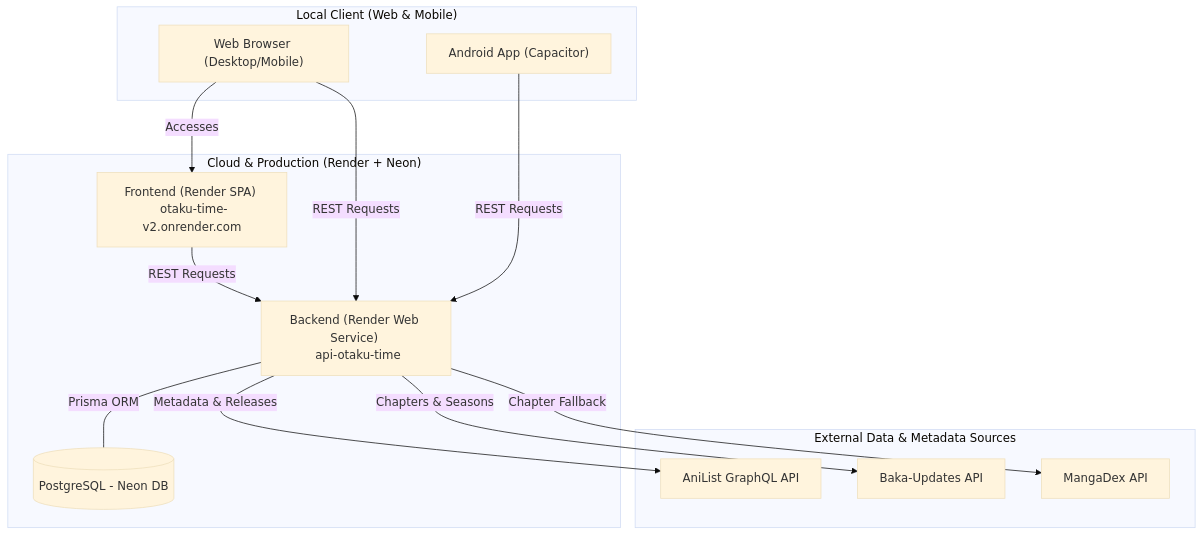
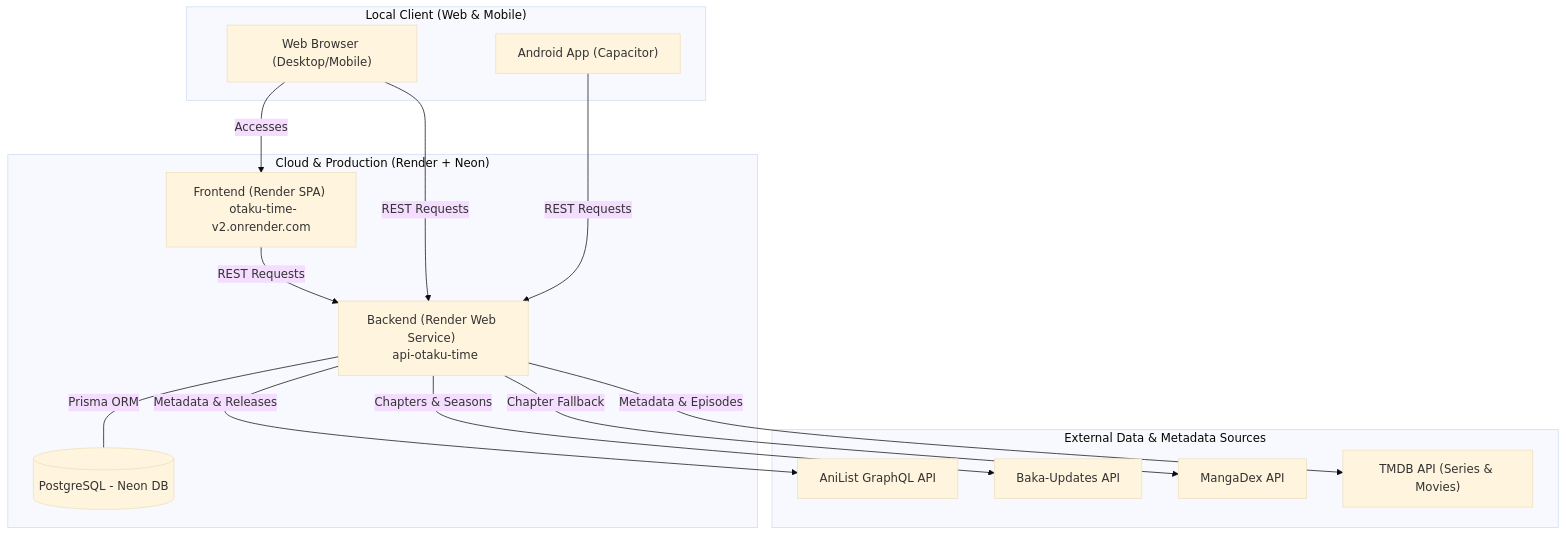
One commit to Braz55/Otaku-Time-v2 changed the first of 3 diagrams in README.md. Above: the diagram before and after it, drawn with Mermaid (base theme). The commit also changed other lines of this file and 4 other files, not shown here.

````diff
--- a/README.md
+++ b/README.md
@@ -106,32 +128,34 @@
 ```mermaid
 flowchart TD
     subgraph Cloud ["Cloud & Production (Render + Neon)"]
         FE_Render["Frontend (Render SPA) \n otaku-time-v2.onrender.com"]
         BE_Render["Backend (Render Web Service) \n api-otaku-time"]
         DB_Neon[(PostgreSQL - Neon DB)]
     end
 
     subgraph Device ["Local Client (Web & Mobile)"]
         Browser["Web Browser (Desktop/Mobile)"]
         Capacitor["Android App (Capacitor)"]
     end
 
     subgraph External_Sources ["External Data & Metadata Sources"]
         AniList["AniList GraphQL API"]
         BakaUpdates["Baka-Updates API"]
         MangaDex["MangaDex API"]
+        TMDB["TMDB API (Series & Movies)"]
     end
 
     %% Communication relationships
     Browser -->|Accesses| FE_Render
     
     FE_Render -->|REST Requests| BE_Render
     Browser -->|REST Requests| BE_Render
     Capacitor -->|REST Requests| BE_Render
     
     BE_Render ---|"Prisma ORM"| DB_Neon
     
     BE_Render -->|Metadata & Releases| AniList
     BE_Render -->|Chapters & Seasons| BakaUpdates
     BE_Render -->|Chapter Fallback| MangaDex
+    BE_Render -->|Metadata & Episodes| TMDB
 ```
````
